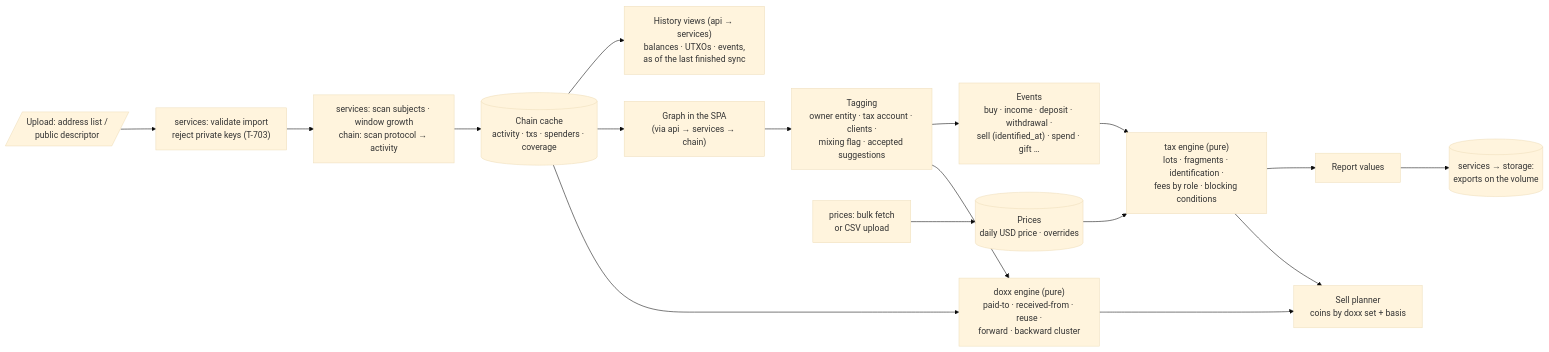
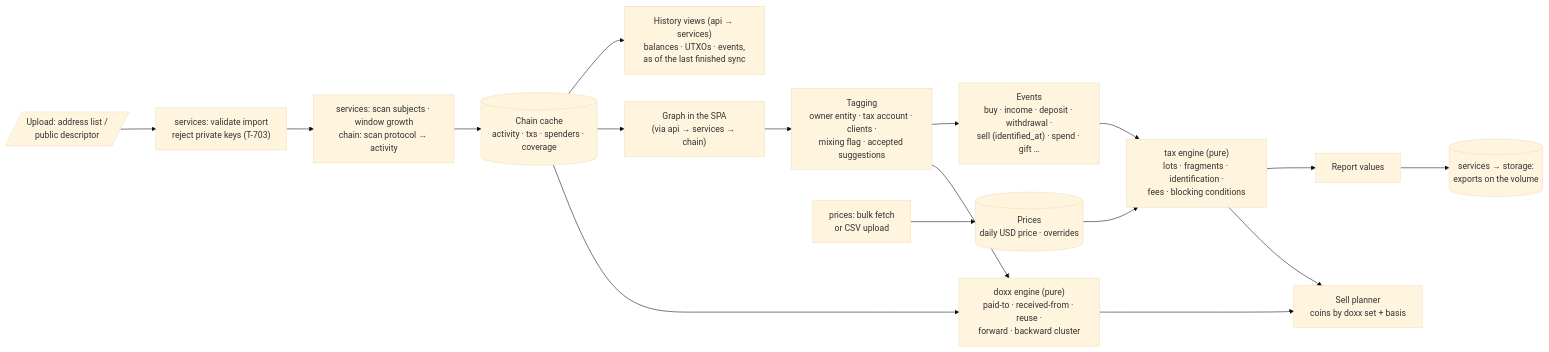
One commit to kristovatlas/coin-accounting changed the fourth of 9 diagrams in docs/architecture.md. Above: the diagram before and after it, drawn with Mermaid (base theme). The commit also changed 3 other files, not shown here.

````diff
--- a/docs/architecture.md
+++ b/docs/architecture.md
@@ -240,19 +240,19 @@
 ```mermaid
 flowchart LR
   I1[/"Upload: address list /<br/>public descriptor"/] --> V["services: validate import<br/>reject private keys (T-703)"]
   V --> D["services: scan subjects · window growth<br/>chain: scan protocol → activity"]
   D --> C[("Chain cache<br/>activity · txs · spenders · coverage")]
   C --> H["History views (api → services)<br/>balances · UTXOs · events,<br/>as of the last finished sync"]
   C --> G["Graph in the SPA<br/>(via api → services → chain)"]
   G --> T["Tagging<br/>owner entity · tax account · clients ·<br/>mixing flag · accepted suggestions"]
   T --> E["Events<br/>buy · income · deposit · withdrawal ·<br/>sell (identified_at) · spend · gift …"]
   PF["prices: bulk fetch<br/>or CSV upload"] --> P[("Prices<br/>daily USD price · overrides")]
   P --> L
-  E --> L["tax engine (pure)<br/>lots · fragments · identification ·<br/>fees by role · blocking conditions"]
+  E --> L["tax engine (pure)<br/>lots · fragments · identification ·<br/>fees · blocking conditions"]
   C --> X
   T --> X["doxx engine (pure)<br/>paid-to · received-from · reuse ·<br/>forward · backward cluster"]
   L --> R["Report values"]
   R --> O[("services → storage:<br/>exports on the volume")]
   X --> SP["Sell planner<br/>coins by doxx set + basis"]
   L --> SP
 ```
````
